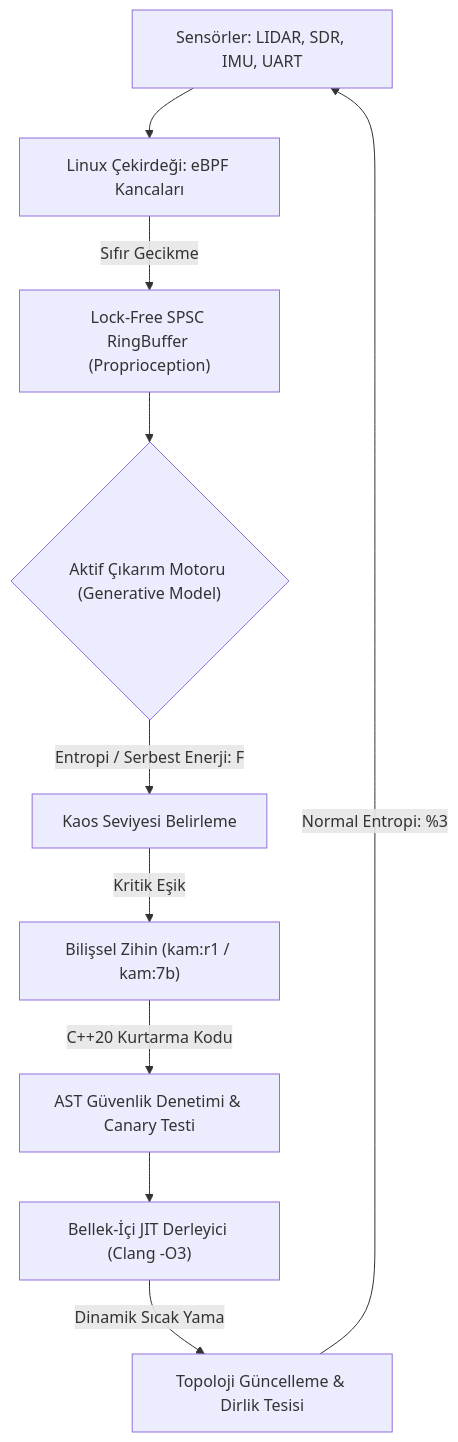
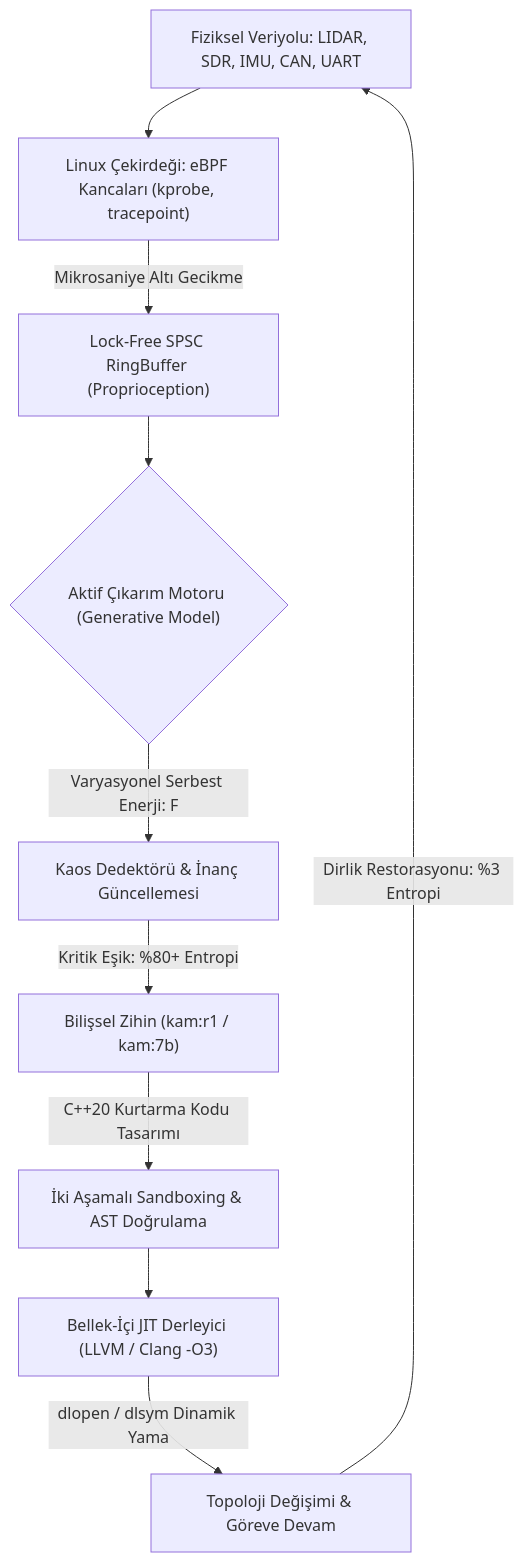
One commit to bahattinyunus/kam changed the diagram in README.md. Above: the diagram before and after it, drawn with Mermaid. The commit also changed other lines of this file, not shown here.

````diff
--- a/README.md
+++ b/README.md
@@ -92,12 +121,12 @@
 ```mermaid
 graph TD
-    A["Sensörler: LIDAR, SDR, IMU, UART"] --> B["Linux Çekirdeği: eBPF Kancaları"]
-    B -->|Sıfır Gecikme| C["Lock-Free SPSC RingBuffer (Proprioception)"]
+    A["Fiziksel Veriyolu: LIDAR, SDR, IMU, CAN, UART"] --> B["Linux Çekirdeği: eBPF Kancaları (kprobe, tracepoint)"]
+    B -->|Mikrosaniye Altı Gecikme| C["Lock-Free SPSC RingBuffer (Proprioception)"]
     C --> D{"Aktif Çıkarım Motoru (Generative Model)"}
-    D -->|Entropi / Serbest Enerji: F| E["Kaos Seviyesi Belirleme"]
-    E -->|Kritik Eşik| F["Bilişsel Zihin (kam:r1 / kam:7b)"]
-    F -->|C++20 Kurtarma Kodu| G["AST Güvenlik Denetimi & Canary Testi"]
-    G --> H["Bellek-İçi JIT Derleyici (Clang -O3)"]
-    H -->|Dinamik Sıcak Yama| I["Topoloji Güncelleme & Dirlik Tesisi"]
-    I -->|Normal Entropi: %3| A
+    D -->|Varyasyonel Serbest Enerji: F| E["Kaos Dedektörü & İnanç Güncellemesi"]
+    E -->|Kritik Eşik: %80+ Entropi| F["Bilişsel Zihin (kam:r1 / kam:7b)"]
+    F -->|C++20 Kurtarma Kodu Tasarımı| G["İki Aşamalı Sandboxing & AST Doğrulama"]
+    G --> H["Bellek-İçi JIT Derleyici (LLVM / Clang -O3)"]
+    H -->|dlopen / dlsym Dinamik Yama| I["Topoloji Değişimi & Göreve Devam"]
+    I -->|Dirlik Restorasyonu: %3 Entropi| A
 ```
````
